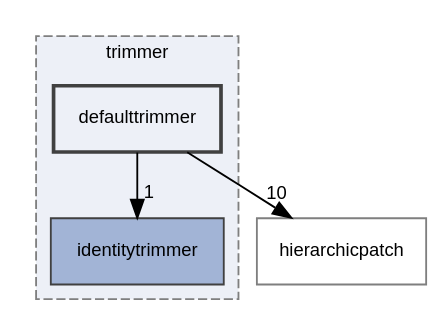
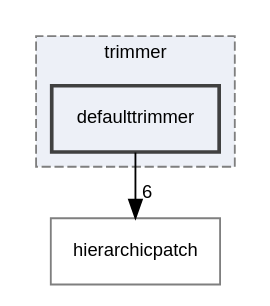
The diagram in dir_265321845ed2650d675b22a94b62262d_dep.dot (rath3t/dune-iga-doc), drawn with Graphviz before and after one commit. The commit also changed 1529 other files, not shown here.

```diff
--- a/dir_265321845ed2650d675b22a94b62262d_dep.dot
+++ b/dir_265321845ed2650d675b22a94b62262d_dep.dot
@@ -1,15 +1,13 @@
 digraph "defaulttrimmer"
 {
  // LATEX_PDF_SIZE
   edge [fontname="Helvetica",fontsize="10",labelfontname="Helvetica",labelfontsize="10"];
   node [fontname="Helvetica",fontsize="10",shape=record];
   compound=true
   subgraph clusterdir_7d0c370ab440c4b4f78419bfc8c93eb8 {
     graph [ bgcolor="#edf0f7", pencolor="grey50", style="filled,dashed,", label="trimmer", fontname="Helvetica", fontsize="10", URL="dir_7d0c370ab440c4b4f78419bfc8c93eb8.html"]
-  dir_aa3557bd66a6784b3b9e663253e8d0ba [shape=box, label="identitytrimmer", style="filled,", fillcolor="#a2b4d6", color="grey25", URL="dir_aa3557bd66a6784b3b9e663253e8d0ba.html"];
   dir_265321845ed2650d675b22a94b62262d [shape=box, label="defaulttrimmer", style="filled,bold,", fillcolor="#edf0f7", color="grey25", URL="dir_265321845ed2650d675b22a94b62262d.html"];
   }
   dir_12fc9e68aad46ae2d80ba50ef1c96d76 [shape=box, label="hierarchicpatch", style="", fillcolor="#edf0f7", color="grey50", URL="dir_12fc9e68aad46ae2d80ba50ef1c96d76.html"];
-  dir_265321845ed2650d675b22a94b62262d->dir_12fc9e68aad46ae2d80ba50ef1c96d76 [headlabel="10", labeldistance=1.5 headhref="dir_000001_000007.html"];
-  dir_265321845ed2650d675b22a94b62262d->dir_aa3557bd66a6784b3b9e663253e8d0ba [headlabel="1", labeldistance=1.5 headhref="dir_000001_000009.html"];
+  dir_265321845ed2650d675b22a94b62262d->dir_12fc9e68aad46ae2d80ba50ef1c96d76 [headlabel="6", labeldistance=1.5 headhref="dir_000001_000007.html"];
 }
```
